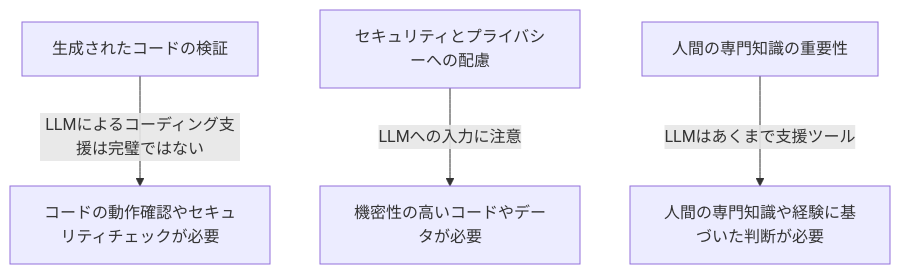
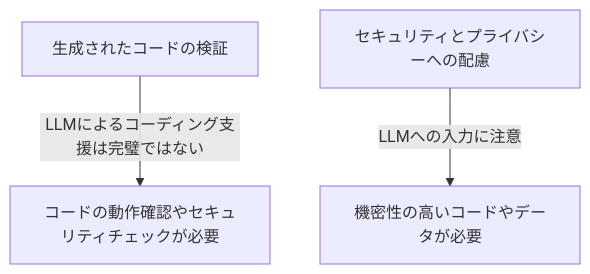
Before and after one commit to SparklingDetergent/doc_genai_About_specific_use_cases_for_large-scale_language_models_LLM: the sixth of 9 diagrams in README.md, drawn with Mermaid. The commit also changed other lines of this file, not shown here.

````diff
--- a/README.md
+++ b/README.md
@@ -176,6 +176,5 @@
 ```mermaid
 graph TB
     A[生成されたコードの検証] -->|LLMによるコーディング支援は完璧ではない| B[コードの動作確認やセキュリティチェックが必要]
     C[セキュリティとプライバシーへの配慮] -->|LLMへの入力に注意| D[機密性の高いコードやデータが必要]
-    E[人間の専門知識の重要性] -->|LLMはあくまで支援ツール| F[人間の専門知識や経験に基づいた判断が必要]
 ```
````
